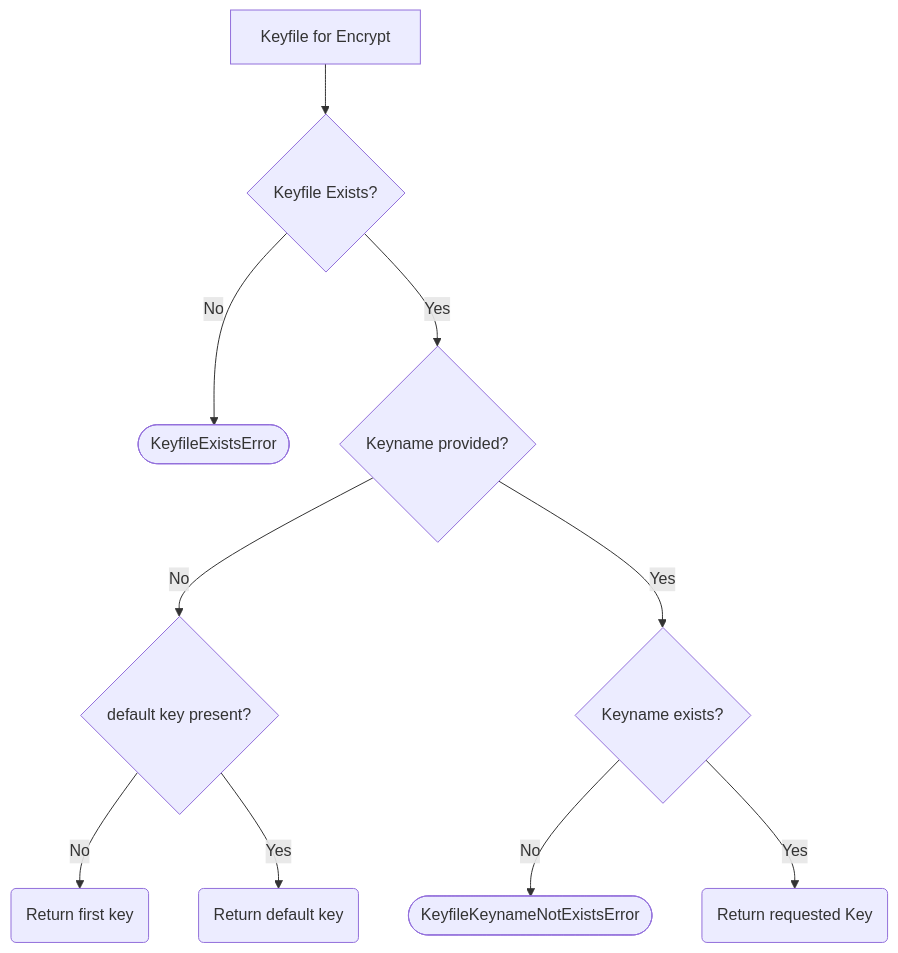
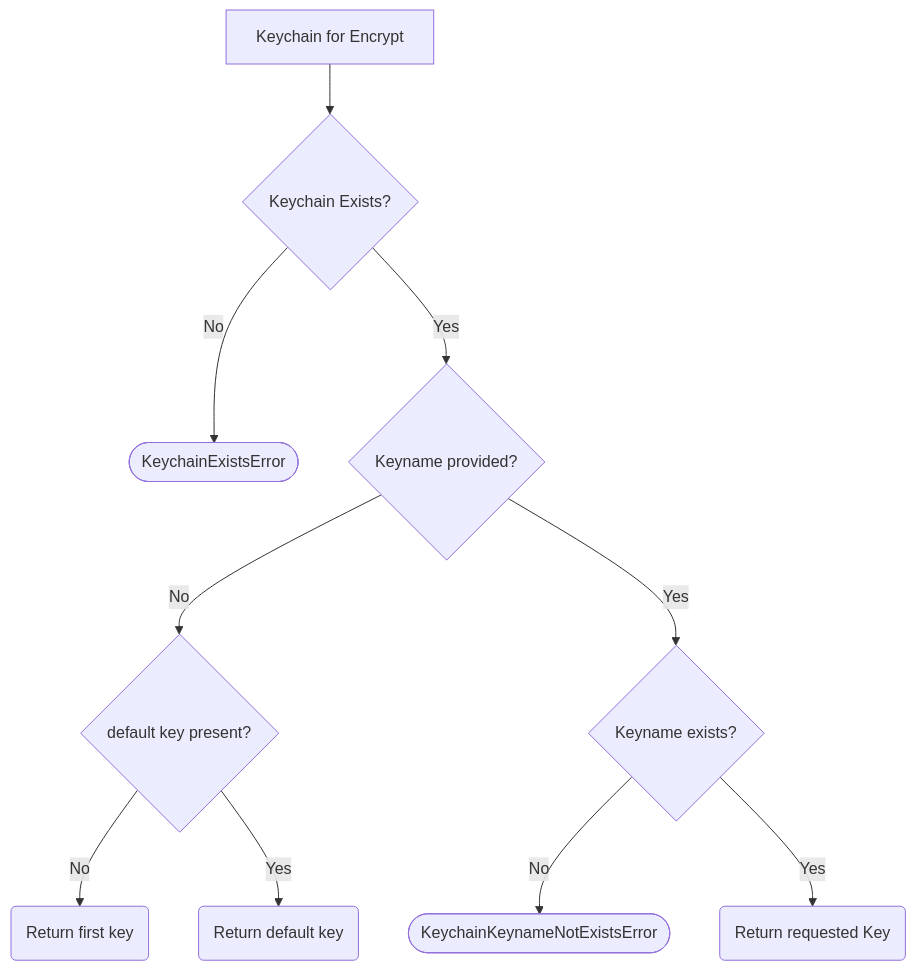
Before and after one commit to botanicode/pudica: the first of 4 diagrams in docs/flow.md, drawn with Mermaid. The commit also changed other lines of this file and 10 other files, not shown here.

````diff
--- a/docs/flow.md
+++ b/docs/flow.md
@@ -1,22 +1,22 @@
 ```mermaid
 graph TD
-    A[Keyfile for Encrypt]
-    B{Keyfile Exists?}
-    C([KeyfileExistsError])
+    A[Keychain for Encrypt]
+    B{Keychain Exists?}
+    C([KeychainExistsError])
     D{Keyname provided?}
     E{Keyname exists?}
-    F([KeyfileKeynameNotExistsError])
+    F([KeychainKeynameNotExistsError])
     G(Return requested Key)
     H{default key present?}
     I(Return first key)
     J(Return default key)
     A --> B
     B -->|No| C
     B -->|Yes| D
     D -->|No| H
     H -->|No| I
     H -->|Yes| J
     D -->|Yes| E
     E -->|No| F
     E -->|Yes| G
 ```
````
